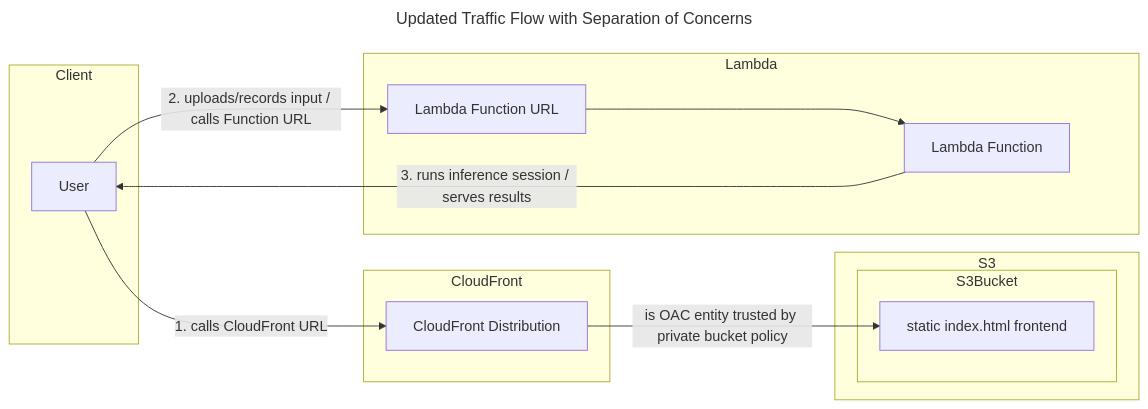
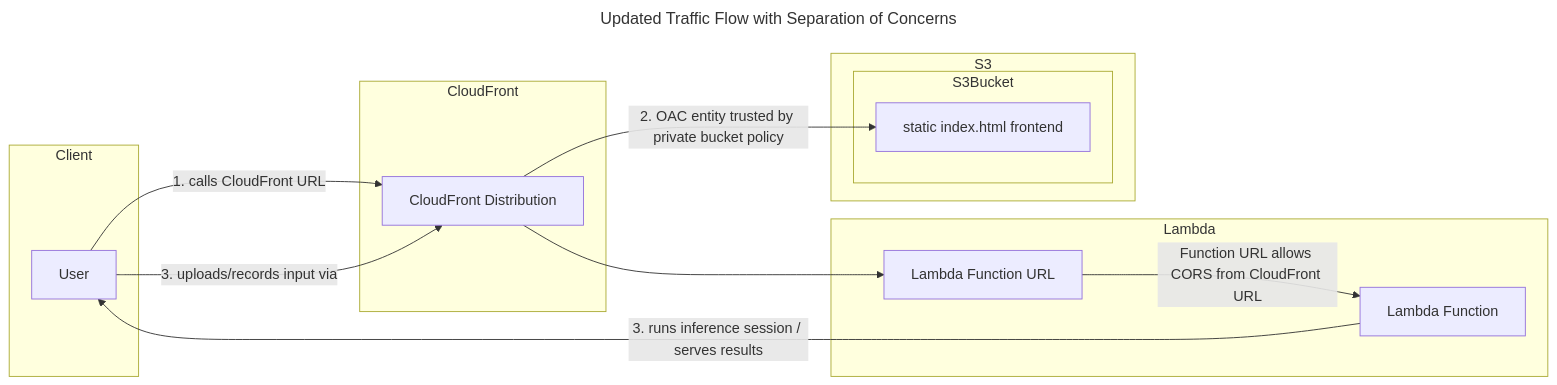
One commit to dielaenge/onnx-deployment changed the third of 4 diagrams in phase-4-serverless_deployment/docs/notes_phase4.md. Above: the diagram before and after it, drawn with Mermaid. The commit also changed other lines of this file and 1 other file, not shown here.

````diff
--- a/phase-4-serverless_deployment/docs/notes_phase4.md
+++ b/phase-4-serverless_deployment/docs/notes_phase4.md
@@ -612,33 +612,33 @@
 ```Mermaid
 ---
 title: Updated Traffic Flow with Separation of Concerns
 ---
 
 graph LR
 
     subgraph Client
     Browser[User]
     end
 
     subgraph Lambda
         LambdaFunctionURL[Lambda Function URL]
         LambdaFunction[Lambda Function]
     end
 
     subgraph CloudFront
     CFDistribution[CloudFront Distribution]
     end
 
     subgraph S3
         subgraph S3Bucket
             index[static index.html frontend]
         end
     end
 
     %% Frontend Flow:
-    Browser -- 1. calls CloudFront URL --> CFDistribution -- is OAC entity trusted by private bucket policy --> index
+    Browser -- 1. calls CloudFront URL --> CFDistribution -- 2. OAC entity trusted by private bucket policy --> index
 
     %% Backend Flow:
-    Browser -- 2. uploads/records input / calls Function URL --> LambdaFunctionURL --> LambdaFunction
+    Browser -- 3. uploads/records input via --> CFDistribution --> LambdaFunctionURL -- Function URL allows CORS from CloudFront URL--> LambdaFunction
     LambdaFunction -- 3. runs inference session / serves results --> Browser
 ```
````
